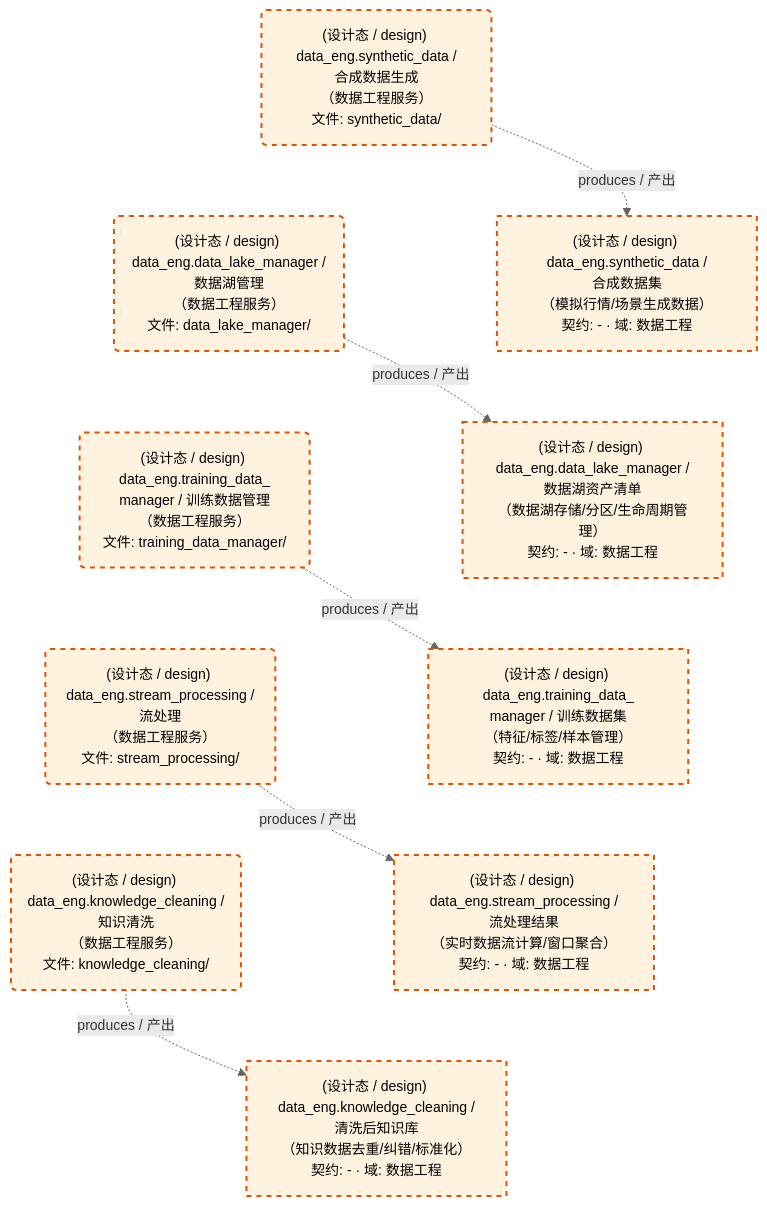
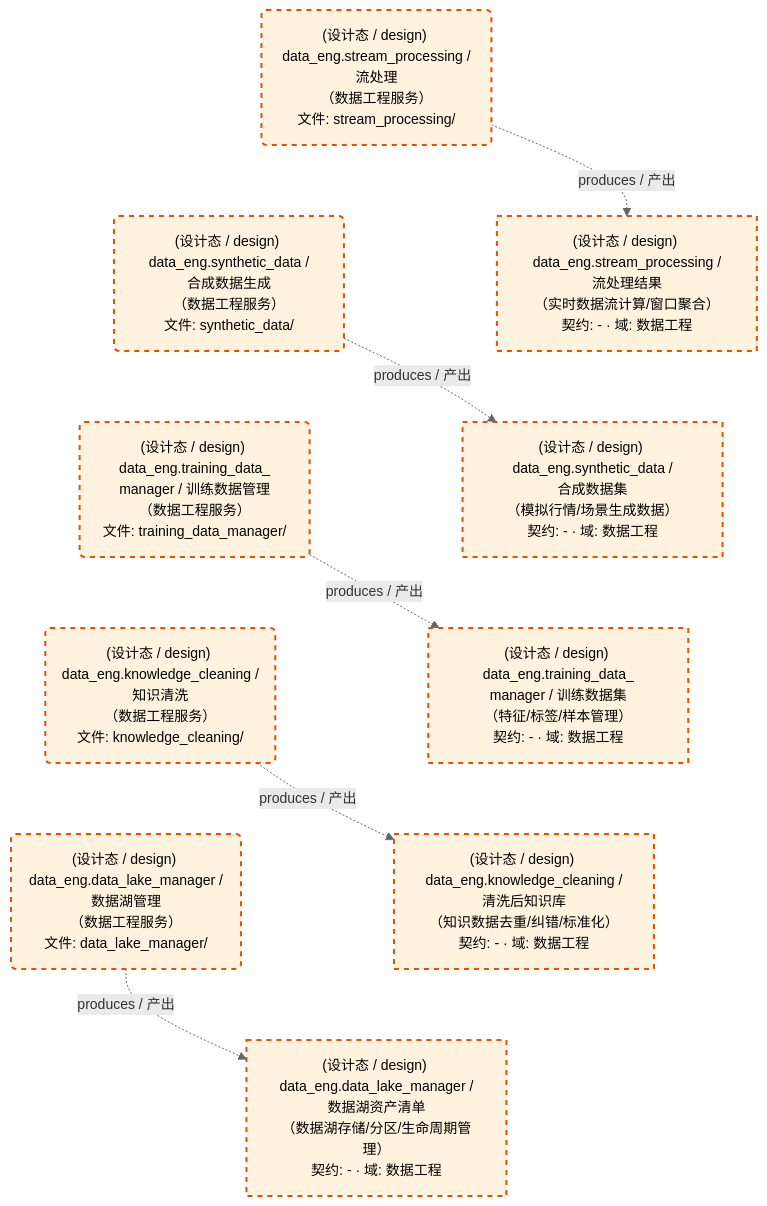
One commit to xuanFelixVan/ZephyrAlpha changed the first of 2 diagrams in docs/02_enterprise_architecture/05_dataflow_architecture/d_data_eng.md. Above: the diagram before and after it, drawn with Mermaid. The commit also changed other lines of this file and 190 other files, not shown here.

````diff
--- a/docs/02_enterprise_architecture/05_dataflow_architecture/d_data_eng.md
+++ b/docs/02_enterprise_architecture/05_dataflow_architecture/d_data_eng.md
@@ -49,32 +49,32 @@
 ```mermaid
 %%{init: {'theme': 'base', 'themeVariables': {'primaryColor': '#eaeaea', 'primaryTextColor': '#333333', 'primaryBorderColor': '#666666', 'lineColor': '#666666', 'secondaryColor': '#eaeaea', 'tertiaryColor': '#eaeaea', 'clusterBkg': 'transparent', 'clusterBorder': 'transparent', 'fontSize': '14px'}}}%%
 flowchart TD
     DS11258["(设计态 / design) data_eng.data_lake_manager /<br/>数据湖资产清单<br/>（数据湖存储/分区/生命周期管理）<br/>契约: - · 域: 数据工程"]
     DS11259["(设计态 / design) data_eng.knowledge_cleaning /<br/>清洗后知识库<br/>（知识数据去重/纠错/标准化）<br/>契约: - · 域: 数据工程"]
     DS11260["(设计态 / design) data_eng.stream_processing /<br/>流处理结果<br/>（实时数据流计算/窗口聚合）<br/>契约: - · 域: 数据工程"]
     DS11261["(设计态 / design) data_eng.synthetic_data /<br/>合成数据集<br/>（模拟行情/场景生成数据）<br/>契约: - · 域: 数据工程"]
     DS11262["(设计态 / design) data_eng.training_data_<br/>manager / 训练数据集<br/>（特征/标签/样本管理）<br/>契约: - · 域: 数据工程"]
     JOB757622("(设计态 / design) data_eng.data_lake_manager /<br/>数据湖管理<br/>（数据工程服务）<br/>文件: data_lake_manager/")
     JOB757623("(设计态 / design) data_eng.knowledge_cleaning /<br/>知识清洗<br/>（数据工程服务）<br/>文件: knowledge_cleaning/")
     JOB757624("(设计态 / design) data_eng.stream_processing /<br/>流处理<br/>（数据工程服务）<br/>文件: stream_processing/")
     JOB757625("(设计态 / design) data_eng.synthetic_data /<br/>合成数据生成<br/>（数据工程服务）<br/>文件: synthetic_data/")
     JOB757626("(设计态 / design) data_eng.training_data_<br/>manager / 训练数据管理<br/>（数据工程服务）<br/>文件: training_data_manager/")
     JOB757622 -.->|produces / 产出| DS11258
     JOB757623 -.->|produces / 产出| DS11259
     JOB757624 -.->|produces / 产出| DS11260
     JOB757625 -.->|produces / 产出| DS11261
     JOB757626 -.->|produces / 产出| DS11262
-    JOB757625 ~~~ JOB757622
-    JOB757622 ~~~ JOB757626
-    JOB757626 ~~~ JOB757624
-    JOB757624 ~~~ JOB757623
-    DS11261 ~~~ DS11258
-    DS11258 ~~~ DS11262
-    DS11262 ~~~ DS11260
-    DS11260 ~~~ DS11259
+    JOB757624 ~~~ JOB757625
+    JOB757625 ~~~ JOB757626
+    JOB757626 ~~~ JOB757623
+    JOB757623 ~~~ JOB757622
+    DS11260 ~~~ DS11261
+    DS11261 ~~~ DS11262
+    DS11262 ~~~ DS11259
+    DS11259 ~~~ DS11258
     classDef production fill:#e1f5fe,stroke:#01579b,stroke-width:2px,color:#000
     classDef design fill:#fff3e0,stroke:#e65100,stroke-width:2px,color:#000,stroke-dasharray: 5 5
     classDef external_prod fill:#e8f4fd,stroke:#0277bd,stroke-width:1px,color:#000
     classDef external_design fill:#fff8e7,stroke:#ef6c00,stroke-width:1px,color:#000,stroke-dasharray: 5 5
     class DS11258,DS11259,DS11260,DS11261,DS11262,JOB757622,JOB757623,JOB757624,JOB757625,JOB757626 design
 ```
````
